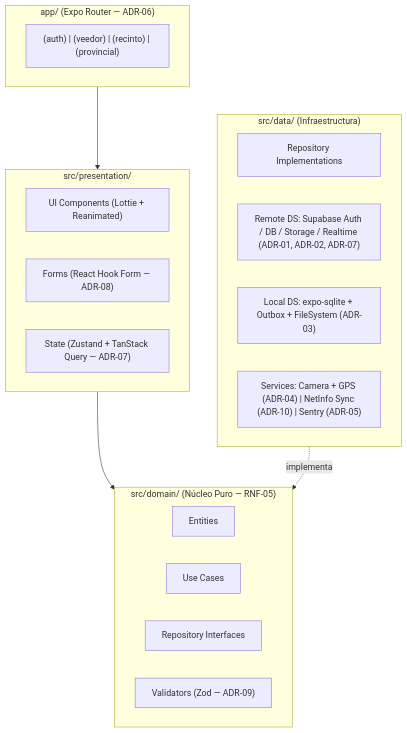
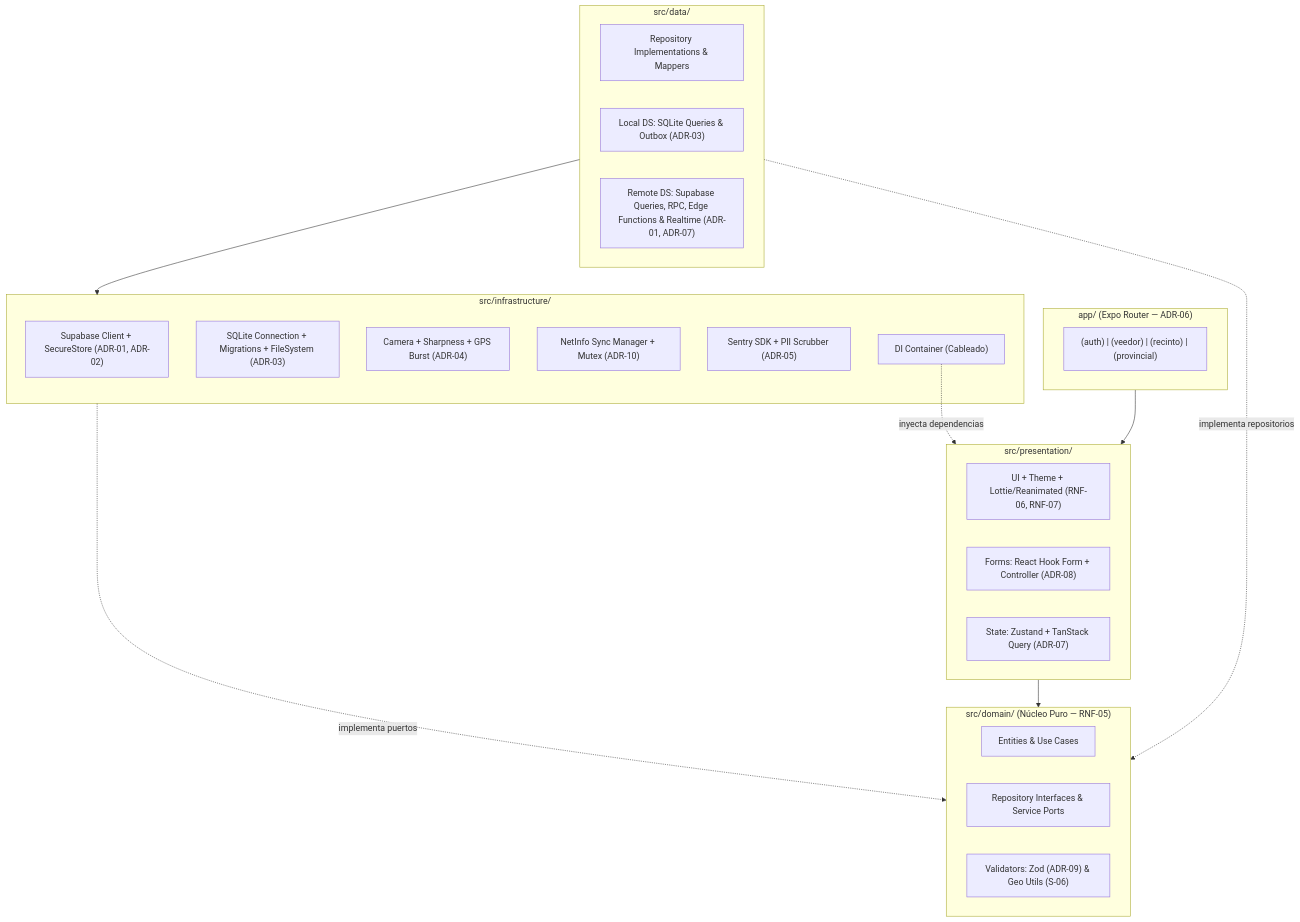
The first of 2 diagrams in docs/arquitectura.md (Milka-Borja/Control-Electoral-App), drawn with Mermaid before and after one commit. The commit also changed other lines of this file and 8 other files, not shown here.

````diff
--- a/docs/arquitectura.md
+++ b/docs/arquitectura.md
@@ -26,30 +28,40 @@
 ```mermaid
 flowchart TB
     subgraph Routing["app/ (Expo Router — ADR-06)"]
         R1["(auth) | (veedor) | (recinto) | (provincial)"]
     end
 
     subgraph Presentation["src/presentation/"]
-        P1["UI Components (Lottie + Reanimated)"]
-        P2["Forms (React Hook Form — ADR-08)"]
-        P3["State (Zustand + TanStack Query — ADR-07)"]
+        P1["UI + Theme + Lottie/Reanimated (RNF-06, RNF-07)"]
+        P2["Forms: React Hook Form + Controller (ADR-08)"]
+        P3["State: Zustand + TanStack Query (ADR-07)"]
     end
 
     subgraph Domain["src/domain/ (Núcleo Puro — RNF-05)"]
-        D1["Entities"]
-        D2["Use Cases"]
-        D3["Repository Interfaces"]
-        D4["Validators (Zod — ADR-09)"]
+        D1["Entities & Use Cases"]
+        D2["Repository Interfaces & Service Ports"]
+        D3["Validators: Zod (ADR-09) & Geo Utils (S-06)"]
     end
 
-    subgraph Data["src/data/ (Infraestructura)"]
-        DA1["Repository Implementations"]
-        DA2["Remote DS: Supabase Auth / DB / Storage / Realtime (ADR-01, ADR-02, ADR-07)"]
-        DA3["Local DS: expo-sqlite + Outbox + FileSystem (ADR-03)"]
-        DA4["Services: Camera + GPS (ADR-04) | NetInfo Sync (ADR-10) | Sentry (ADR-05)"]
+    subgraph Data["src/data/"]
+        DA1["Repository Implementations & Mappers"]
+        DA2["Local DS: SQLite Queries & Outbox (ADR-03)"]
+        DA3["Remote DS: Supabase Queries, RPC, Edge Functions & Realtime (ADR-01, ADR-07)"]
+    end
+
+    subgraph Infrastructure["src/infrastructure/"]
+        I1["Supabase Client + SecureStore (ADR-01, ADR-02)"]
+        I2["SQLite Connection + Migrations + FileSystem (ADR-03)"]
+        I3["Camera + Sharpness + GPS Burst (ADR-04)"]
+        I4["NetInfo Sync Manager + Mutex (ADR-10)"]
+        I5["Sentry SDK + PII Scrubber (ADR-05)"]
+        I6["DI Container (Cableado)"]
     end
 
     Routing --> Presentation
     Presentation --> Domain
-    Data -. implementa .-> Domain
+    Data -. implementa repositorios .-> Domain
+    Infrastructure -. implementa puertos .-> Domain
+    Data --> Infrastructure
+    I6 -. inyecta dependencias .-> Presentation
 ```
````
